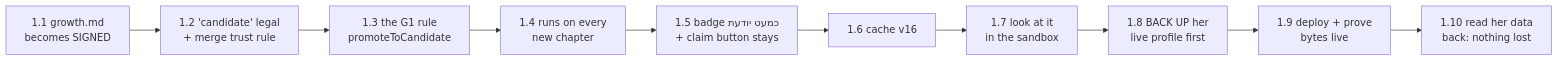
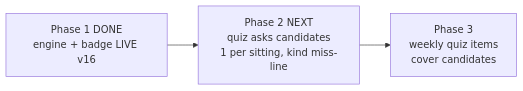
Before and after one commit to dkreinov/magic-clinic-english: the diagram in .oplan/word-g1/STATUS.md, drawn with Mermaid. The commit also changed other lines of this file and 4 other files, not shown here.

Commit message:
oplan: word-g1 PHASE 1 CLOSED — all 11 criteria OK, v16 live, data proven intact; field guide +2 lessons; phase-2 handoff written

````diff
--- a/.oplan/word-g1/STATUS.md
+++ b/.oplan/word-g1/STATUS.md
@@ -14,12 +15,5 @@
 ```mermaid
 flowchart LR
-    A[1.1 growth.md<br/>becomes SIGNED] --> B[1.2 'candidate' legal<br/>+ merge trust rule]
-    B --> C[1.3 the G1 rule<br/>promoteToCandidate]
-    C --> D[1.4 runs on every<br/>new chapter]
-    D --> E[1.5 badge כמעט יודעת<br/>+ claim button stays]
-    E --> F[1.6 cache v16]
-    F --> G[1.7 look at it<br/>in the sandbox]
-    G --> H[1.8 BACK UP her<br/>live profile first]
-    H --> I[1.9 deploy + prove<br/>bytes live]
-    I --> J[1.10 read her data<br/>back: nothing lost]
+    A[Phase 1 DONE<br/>engine + badge LIVE v16] --> B[Phase 2 NEXT<br/>quiz asks candidates<br/>1 per sitting, kind miss-line]
+    B --> C[Phase 3<br/>weekly quiz items<br/>cover candidates]
 ```
````
